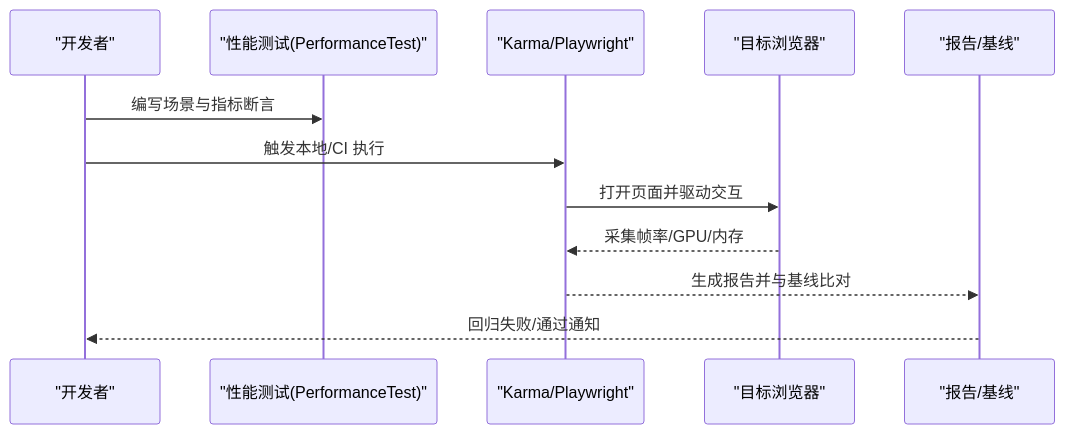
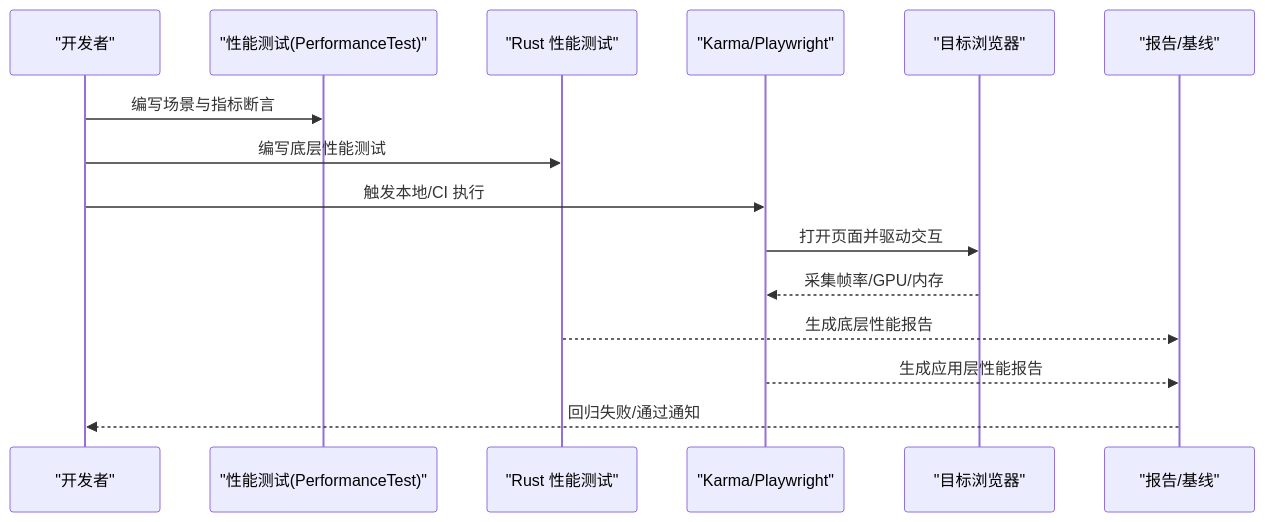
One commit to rzhangjing/cesium changed the fifth of 6 diagrams in .qoder/repowiki/zh/content/性能优化/性能监控与分析.md. Above: the diagram before and after it, drawn with Mermaid. The commit also changed other lines of this file and 60 other files, not shown here.

````diff
--- a/.qoder/repowiki/zh/content/性能优化/性能监控与分析.md
+++ b/.qoder/repowiki/zh/content/性能优化/性能监控与分析.md
@@ -191,14 +278,17 @@
 ```mermaid
 sequenceDiagram
 participant Dev as "开发者"
 participant Test as "性能测试(PerformanceTest)"
+participant RustTest as "Rust 性能测试"
 participant Runner as "Karma/Playwright"
 participant Browser as "目标浏览器"
 participant Report as "报告/基线"
 Dev->>Test : 编写场景与指标断言
+Dev->>RustTest : 编写底层性能测试
 Dev->>Runner : 触发本地/CI 执行
 Runner->>Browser : 打开页面并驱动交互
 Browser-->>Runner : 采集帧率/GPU/内存
-Runner-->>Report : 生成报告并与基线比对
+RustTest-->>Report : 生成底层性能报告
+Runner-->>Report : 生成应用层性能报告
 Report-->>Dev : 回归失败/通过通知
 ```
````
